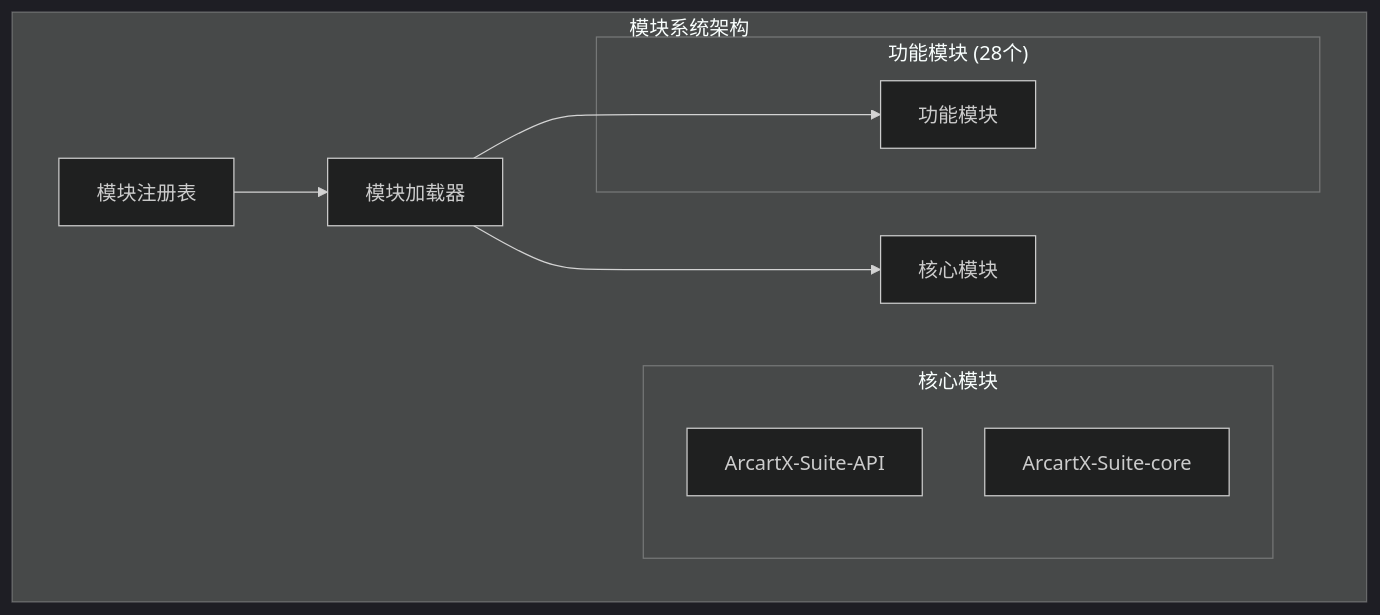
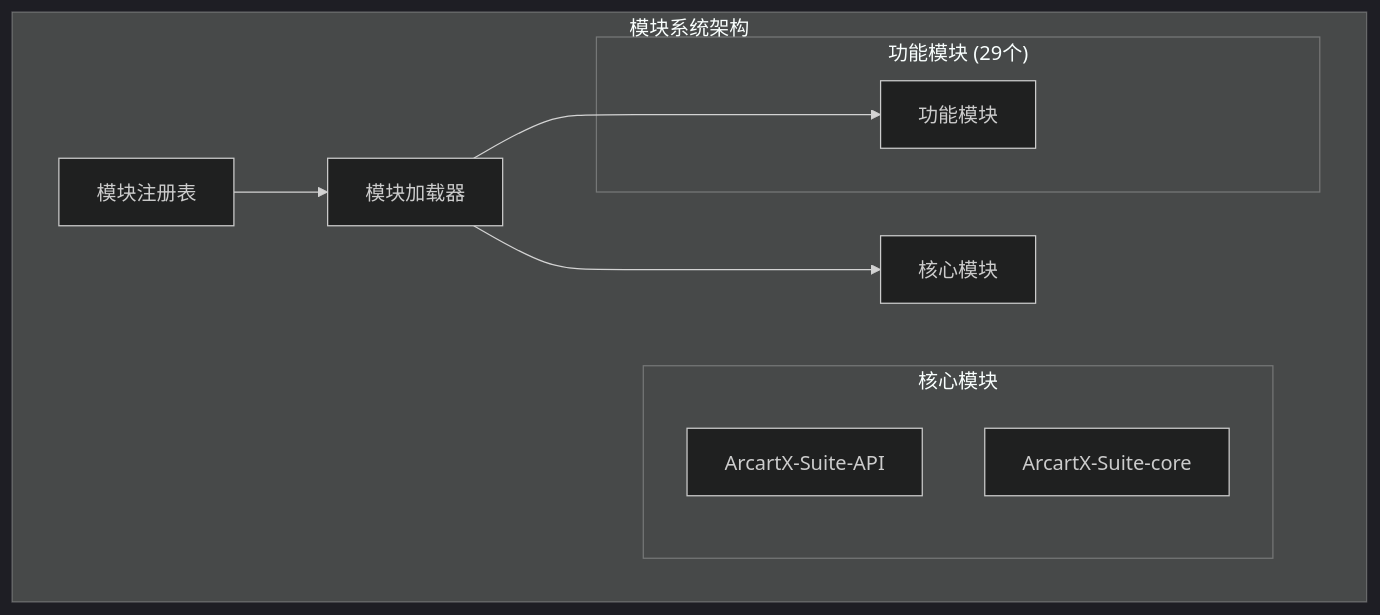
The second of 3 diagrams in docs/architecture/system-architecture.md (ArcartX-Suite/ArcartXSuite-Wiki), drawn with Mermaid (dark theme) before and after one commit. The commit also changed other lines of this file and 40 other files, not shown here.

````diff
--- a/docs/architecture/system-architecture.md
+++ b/docs/architecture/system-architecture.md
@@ -104,22 +105,22 @@
 ```mermaid
 graph TB
     subgraph "模块系统架构"
         Registry[模块注册表]
         Loader[模块加载器]
         Core[核心模块]
         Modules[功能模块]
         
         Registry --> Loader
         Loader --> Core
         Loader --> Modules
         
         subgraph "核心模块"
             API[ArcartX-Suite-API]
             CoreJar[ArcartX-Suite-core]
         end
         
-        subgraph "功能模块 (28个)"
+        subgraph "功能模块 (29个)"
             Modules[功能模块]
         end
     end
 ```
````
